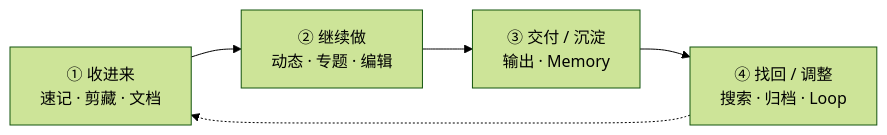
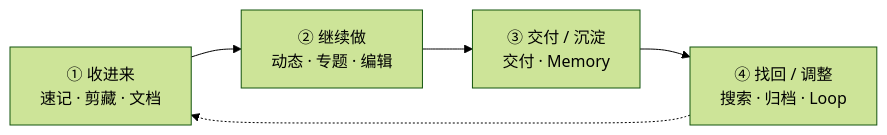
Before and after one commit to topmindspace/topmind: the diagram in README.zh-CN.md, drawn with Mermaid (forest theme). The commit also changed other lines of this file and 199 other files, not shown here.

````diff
--- a/README.zh-CN.md
+++ b/README.zh-CN.md
@@ -132,7 +134,7 @@
 ```mermaid
 flowchart LR
   A["① 收进来<br/>速记 · 剪藏 · 文档"] --> B["② 继续做<br/>动态 · 专题 · 编辑"]
-  B --> C["③ 交付 / 沉淀<br/>输出 · Memory"]
+  B --> C["③ 交付 / 沉淀<br/>交付 · Memory"]
   C --> D["④ 找回 / 调整<br/>搜索 · 归档 · Loop"]
   D -.-> A
 ```
````
